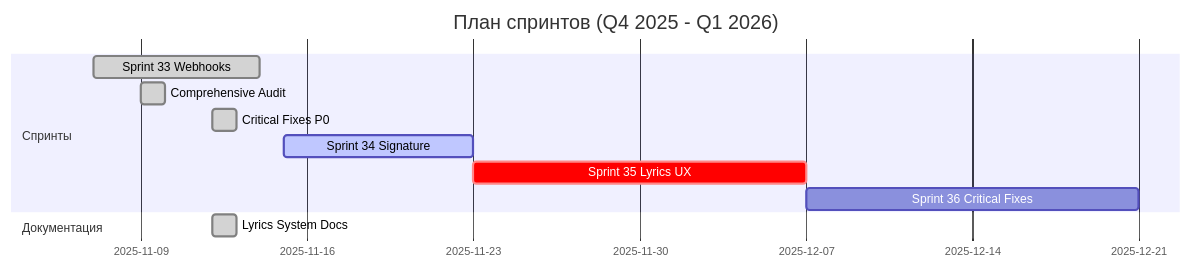
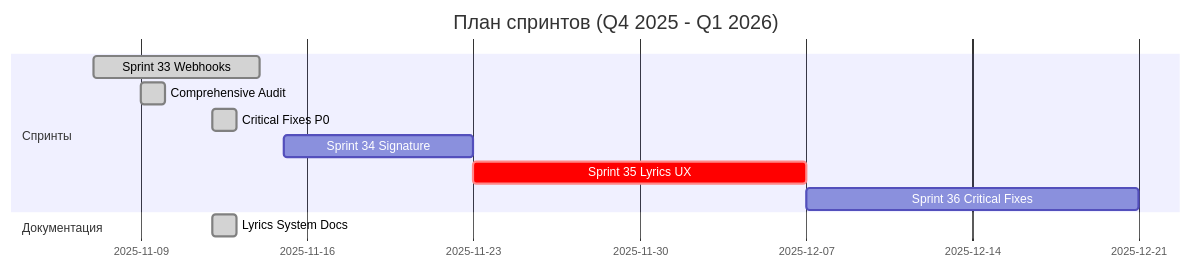
Before and after one commit to HOW2AI-AGENCY/albert3-muse-synth-studio: the diagram in project-management/SPRINT_STATUS.md, drawn with Mermaid. The commit also changed other lines of this file and 53 other files, not shown here.

````diff
--- a/project-management/SPRINT_STATUS.md
+++ b/project-management/SPRINT_STATUS.md
@@ -18,14 +18,14 @@
 ```mermaid
 gantt
     title План спринтов (Q4 2025 - Q1 2026)
     dateFormat  YYYY-MM-DD
     section Спринты
     Sprint 33 Webhooks :done, 2025-11-07, 7d
     Comprehensive Audit :done, 2025-11-09, 1d
     Critical Fixes P0 :done, 2025-11-12, 1d
-    Sprint 34 Signature :active, 2025-11-15, 8d
+    Sprint 34 Signature :2025-11-15, 8d
     Sprint 35 Lyrics UX :crit, 2025-11-23, 14d
     Sprint 36 Critical Fixes :2025-12-07, 14d
     section Документация
     Lyrics System Docs :done, 2025-11-12, 1d
 ```
````
